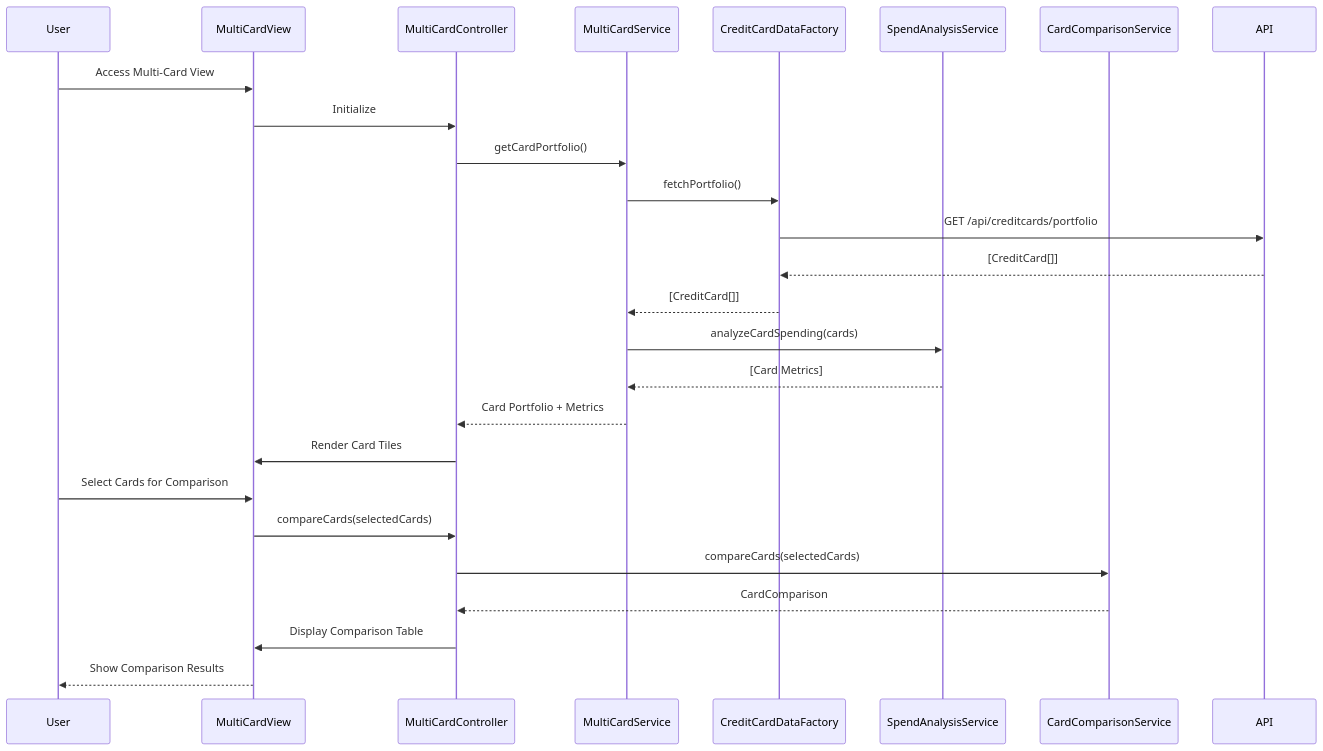
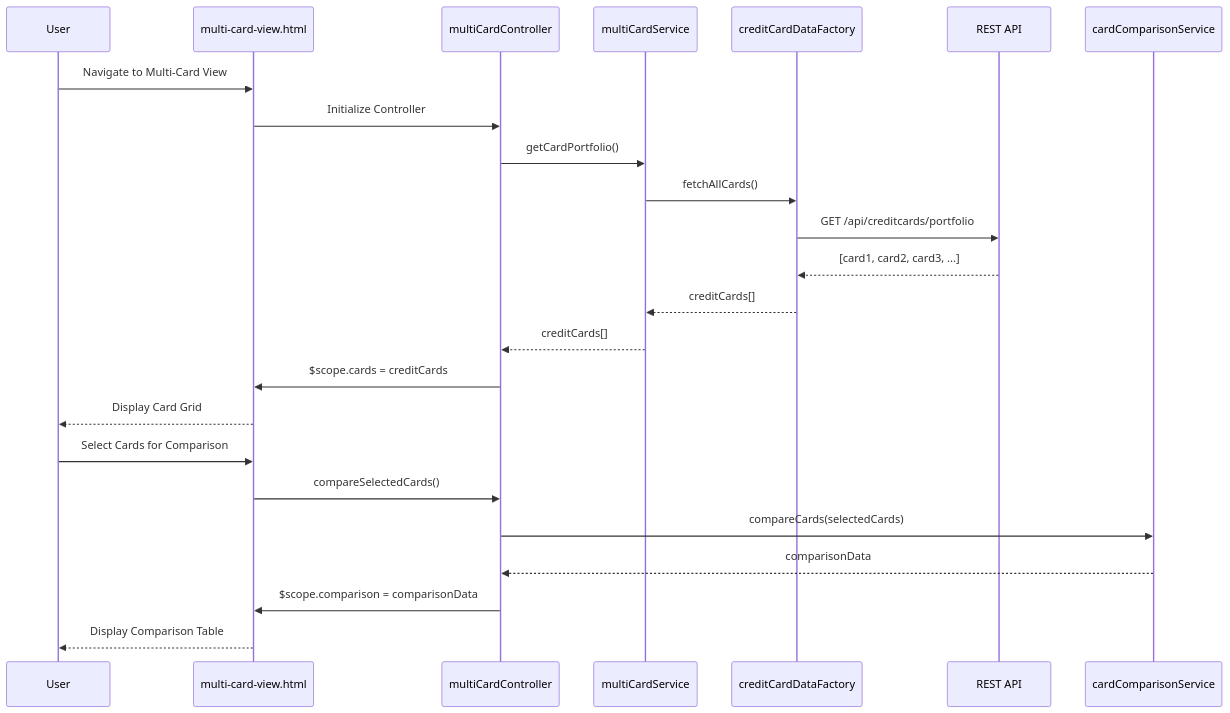
The diagram in LLD/QE-4629_LLD.md (Davamani-git/APB_Demo), drawn with Mermaid before and after one commit. The commit also changed other lines of this file and 2 other files, not shown here.

````diff
--- a/LLD/QE-4629_LLD.md
+++ b/LLD/QE-4629_LLD.md
@@ -98,29 +98,27 @@
 ```mermaid
 sequenceDiagram
     participant User
-    participant MultiCardView
-    participant MultiCardController
-    participant MultiCardService
-    participant CreditCardDataFactory
-    participant SpendAnalysisService
-    participant CardComparisonService
-    participant API
+    participant View as multi-card-view.html
+    participant Ctrl as multiCardController
+    participant MCS as multiCardService
+    participant Factory as creditCardDataFactory
+    participant API as REST API
+    participant CCS as cardComparisonService
 
-    User->>MultiCardView: Access Multi-Card View
-    MultiCardView->>MultiCardController: Initialize
-    MultiCardController->>MultiCardService: getCardPortfolio()
-    MultiCardService->>CreditCardDataFactory: fetchPortfolio()
-    CreditCardDataFactory->>API: GET /api/creditcards/portfolio
-    API-->>CreditCardDataFactory: [CreditCard[]]
-    CreditCardDataFactory-->>MultiCardService: [CreditCard[]]
-    MultiCardService->>SpendAnalysisService: analyzeCardSpending(cards)
-    SpendAnalysisService-->>MultiCardService: [Card Metrics]
-    MultiCardService-->>MultiCardController: Card Portfolio + Metrics
-    MultiCardController->>MultiCardView: Render Card Tiles
-    User->>MultiCardView: Select Cards for Comparison
-    MultiCardView->>MultiCardController: compareCards(selectedCards)
-    MultiCardController->>CardComparisonService: compareCards(selectedCards)
-    CardComparisonService-->>MultiCardController: CardComparison
-    MultiCardController->>MultiCardView: Display Comparison Table
-    MultiCardView-->>User: Show Comparison Results
+    User->>View: Navigate to Multi-Card View
+    View->>Ctrl: Initialize Controller
+    Ctrl->>MCS: getCardPortfolio()
+    MCS->>Factory: fetchAllCards()
+    Factory->>API: GET /api/creditcards/portfolio
+    API-->>Factory: [card1, card2, card3, ...]
+    Factory-->>MCS: creditCards[]
+    MCS-->>Ctrl: creditCards[]
+    Ctrl->>View: $scope.cards = creditCards
+    View-->>User: Display Card Grid
+    User->>View: Select Cards for Comparison
+    View->>Ctrl: compareSelectedCards()
+    Ctrl->>CCS: compareCards(selectedCards)
+    CCS-->>Ctrl: comparisonData
+    Ctrl->>View: $scope.comparison = comparisonData
+    View-->>User: Display Comparison Table
 ```
````
